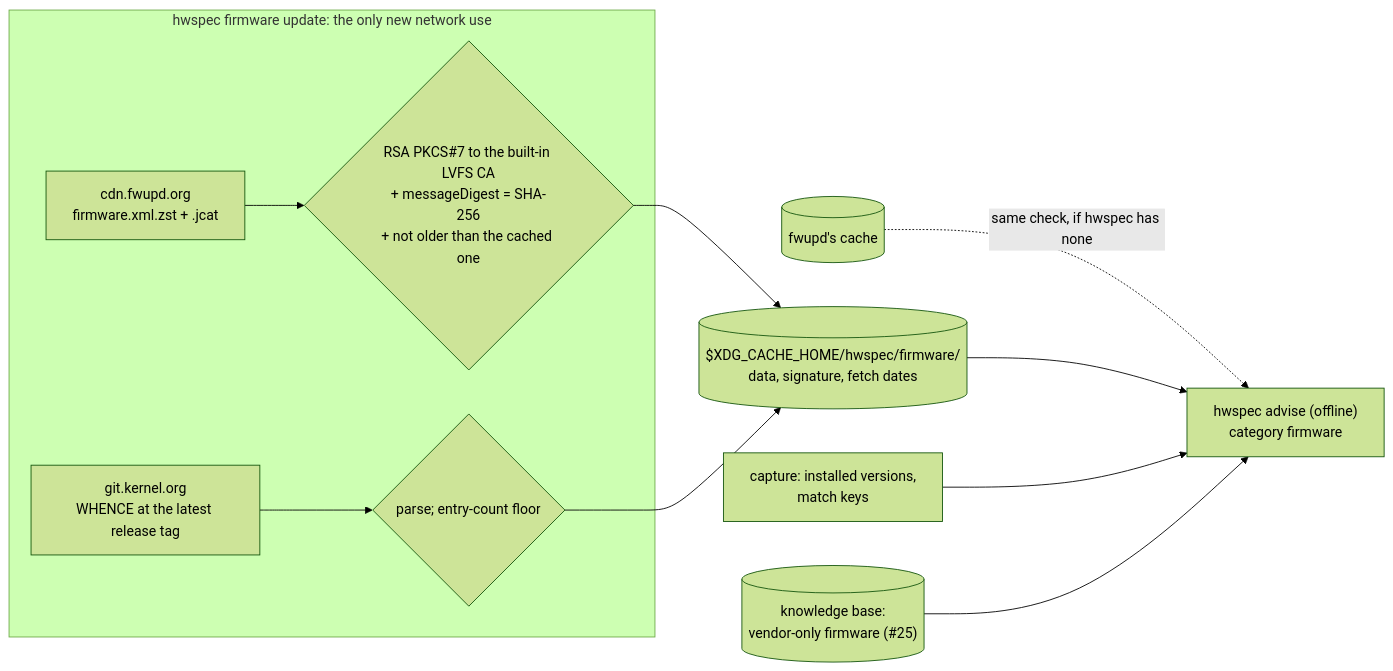
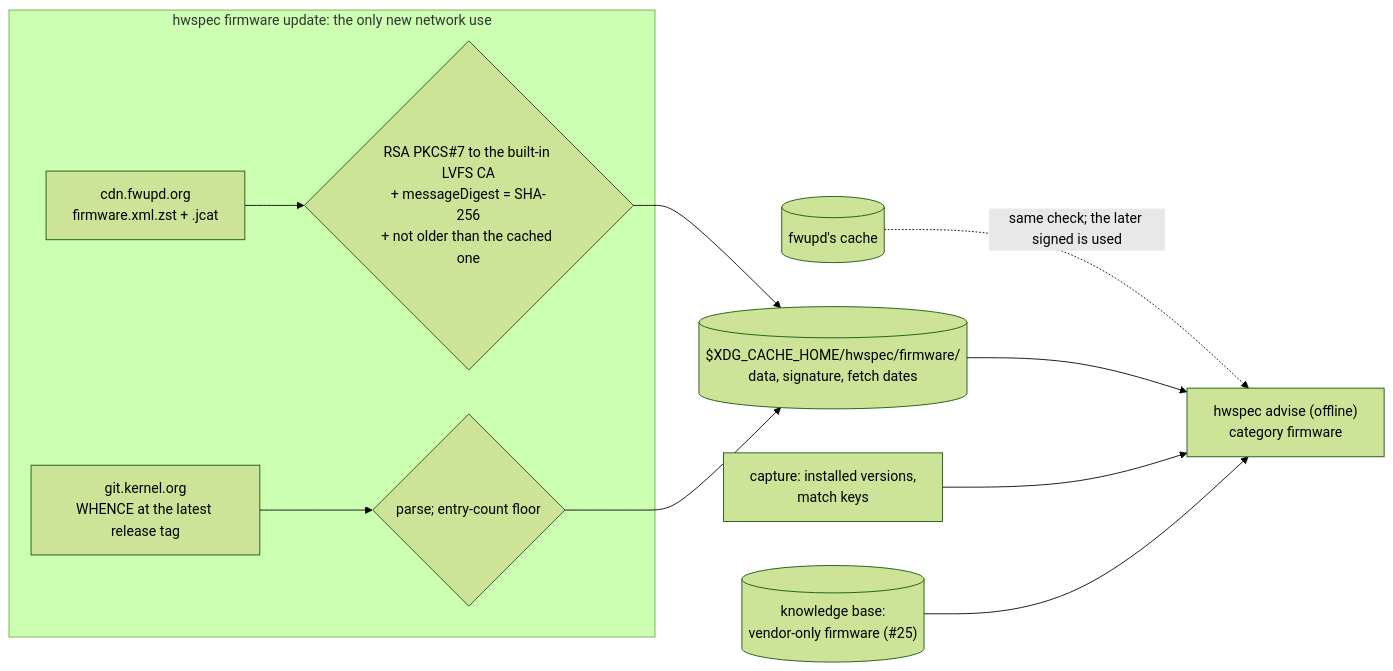
Before and after one commit to jiegui2025/hwspec: the diagram in docs/adr/0012-firmware-index.md, drawn with Mermaid (forest theme). The commit also changed other lines of this file and 28 other files, not shown here.

````diff
--- a/docs/adr/0012-firmware-index.md
+++ b/docs/adr/0012-firmware-index.md
@@ -52,15 +52,15 @@
 ```mermaid
 flowchart LR
   accTitle: The firmware index and where it is used
   accDescr: hwspec firmware update fetches LVFS's signed catalogue and linux-firmware's WHENCE over HTTPS, verifies them and writes them with their dates to the user's cache; hwspec advise reads that cache, or fwupd's verified the same way, and compares it with the capture offline.
   subgraph online["hwspec firmware update: the only new network use"]
     lvfs["cdn.fwupd.org<br/>firmware.xml.zst + .jcat"] --> v{"RSA PKCS#7 to the built-in LVFS CA<br/>+ messageDigest = SHA-256<br/>+ not older than the cached one"}
     lf["git.kernel.org<br/>WHENCE at the latest release tag"] --> p{"parse; entry-count floor"}
   end
   v --> cache[("$XDG_CACHE_HOME/hwspec/firmware/<br/>data, signature, fetch dates")]
   p --> cache
-  fwc[("fwupd's cache")] -.->|"same check, if hwspec has none"| adv
+  fwc[("fwupd's cache")] -.->|"same check; the later signed is used"| adv
   cache --> adv["hwspec advise (offline)<br/>category firmware"]
   cap["capture: installed versions,<br/>match keys"] --> adv
   kb[("knowledge base:<br/>vendor-only firmware (#25)")] --> adv
 ```
````
